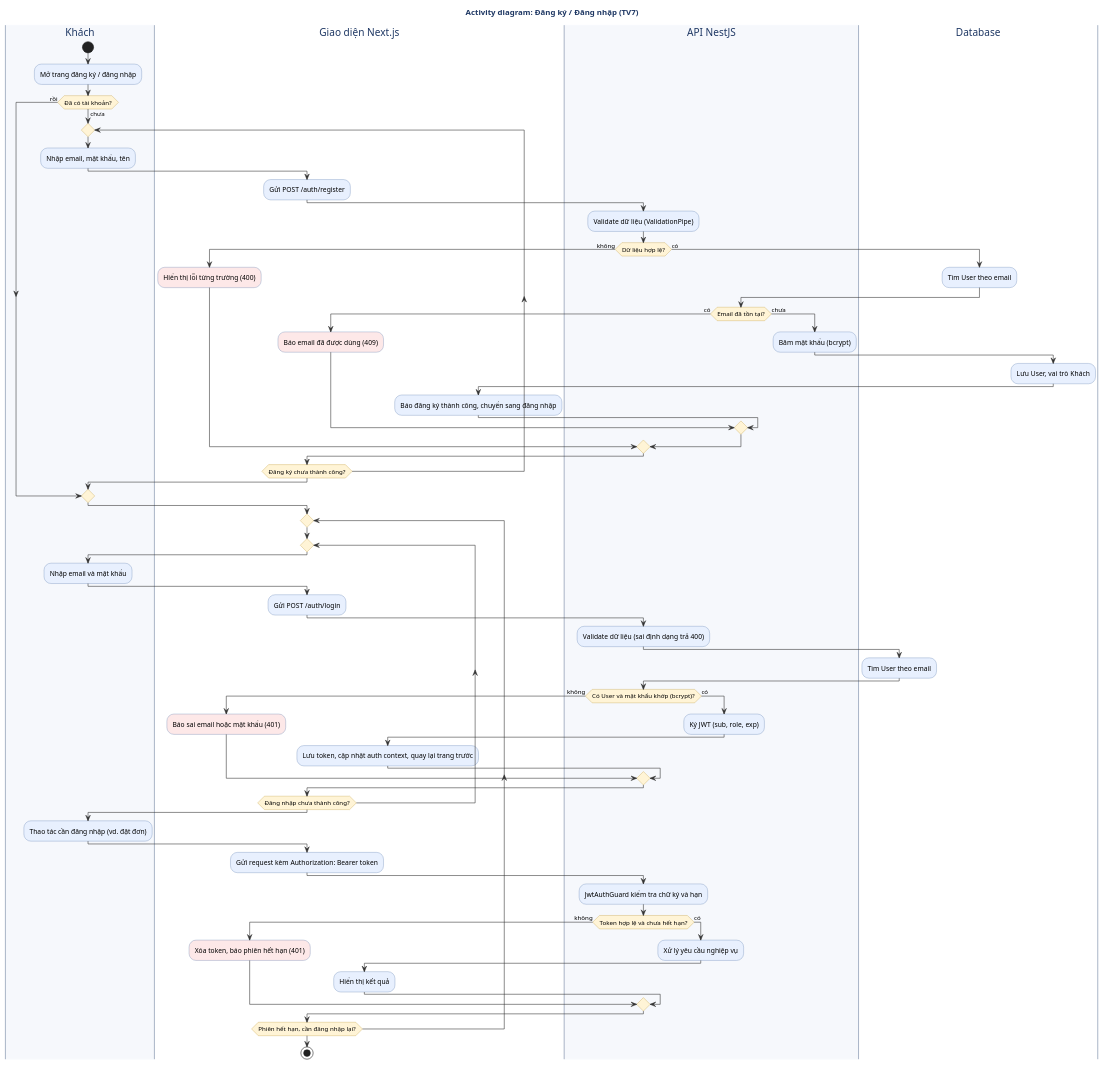
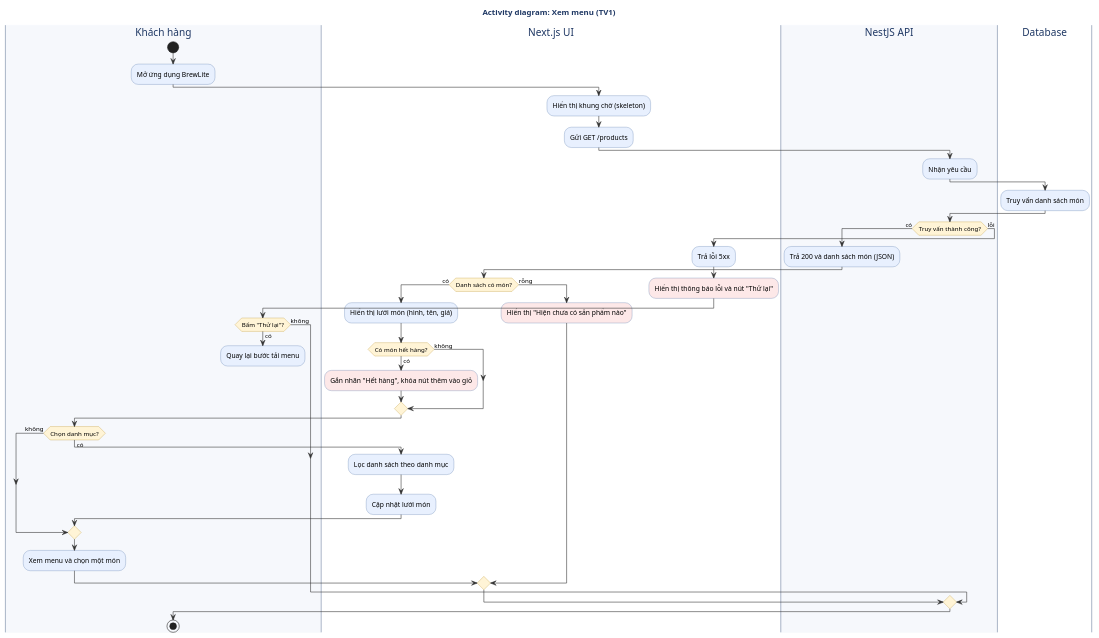
Before and after one commit to phuhoangcong333/brewlite-assignment2: the diagram in docs/diagrams/activity-xac-thuc.puml, drawn with PlantUML. The commit also changed 2 other files, not shown here.

Commit message:
docs: add activity diagram for menu flow (Task 2.1)

```diff
--- a/docs/diagrams/activity-xac-thuc.puml
+++ b/docs/diagrams/activity-xac-thuc.puml
@@ -1,96 +1,77 @@
-@startuml activity-xac-thuc
-title Activity diagram: Đăng ký / Đăng nhập (TV7)
+@startuml activity-xem-menu
+title Activity diagram: Xem menu (TV1)
 
 skinparam defaultFontName Arial
 skinparam titleFontColor #1F3864
 skinparam ArrowColor #333333
 skinparam ActivityBackgroundColor #E8F0FE
 skinparam ActivityBorderColor #4A6FA5
 skinparam ActivityDiamondBackgroundColor #FFF4D6
 skinparam ActivityDiamondBorderColor #B58A1B
 skinparam ActivityStartColor #222222
 skinparam ActivityEndColor #222222
 skinparam swimlaneBorderColor #9AA7BD
 skinparam swimlaneTitleFontColor #1F3864
 
-|#F6F8FC|Khách|
-|#FFFFFF|Giao diện Next.js|
-|#F6F8FC|API NestJS|
+|#F6F8FC|Khách hàng|
+|#FFFFFF|Next.js UI|
+|#F6F8FC|NestJS API|
 |#FFFFFF|Database|
 
-|Khách|
+|Khách hàng|
 start
-:Mở trang đăng ký / đăng nhập;
+:Mở ứng dụng BrewLite;
 
-if (Đã có tài khoản?) then (chưa)
-  repeat
-    |Khách|
-    :Nhập email, mật khẩu, tên;
-    |Giao diện Next.js|
-    :Gửi POST /auth/register;
-    |API NestJS|
-    :Validate dữ liệu (ValidationPipe);
-    if (Dữ liệu hợp lệ?) then (không)
-      |Giao diện Next.js|
-      #FDE8E8:Hiển thị lỗi từng trường (400);
-    else (có)
-      |Database|
-      :Tìm User theo email;
-      |API NestJS|
-      if (Email đã tồn tại?) then (có)
-        |Giao diện Next.js|
-        #FDE8E8:Báo email đã được dùng (409);
-      else (chưa)
-        |API NestJS|
-        :Băm mật khẩu (bcrypt);
-        |Database|
-        :Lưu User, vai trò Khách;
-        |Giao diện Next.js|
-        :Báo đăng ký thành công, chuyển sang đăng nhập;
-      endif
+|Next.js UI|
+:Hiển thị khung chờ (skeleton);
+:Gửi GET /products;
+
+|NestJS API|
+:Nhận yêu cầu;
+
+|Database|
+:Truy vấn danh sách món;
+
+|NestJS API|
+if (Truy vấn thành công?) then (có)
+  :Trả 200 và danh sách món (JSON);
+  
+  |Next.js UI|
+  if (Danh sách có món?) then (có)
+    :Hiển thị lưới món (hình, tên, giá);
+    if (Có món hết hàng?) then (có)
+      #FDE8E8:Gắn nhãn "Hết hàng", khóa nút thêm vào giỏ;
+    else (không)
     endif
-  repeat while (Đăng ký chưa thành công?)
-else (rồi)
+    
+    |Khách hàng|
+    if (Chọn danh mục?) then (có)
+      |Next.js UI|
+      :Lọc danh sách theo danh mục;
+      :Cập nhật lưới món;
+    else (không)
+    endif
+    
+    |Khách hàng|
+    :Xem menu và chọn một món;
+  else (rỗng)
+    |Next.js UI|
+    #FDE8E8:Hiển thị "Hiện chưa có sản phẩm nào";
+  endif
+else (lỗi)
+  :Trả lỗi 5xx;
+  
+  |Next.js UI|
+  #FDE8E8:Hiển thị thông báo lỗi và nút "Thử lại";
+  
+  |Khách hàng|
+  if (Bấm "Thử lại"?) then (có)
+    :Quay lại bước tải menu;
+    detach
+  else (không)
+  endif
 endif
 
-repeat
-  repeat
-    |Khách|
-    :Nhập email và mật khẩu;
-    |Giao diện Next.js|
-    :Gửi POST /auth/login;
-    |API NestJS|
-    :Validate dữ liệu (sai định dạng trả 400);
-    |Database|
-    :Tìm User theo email;
-    |API NestJS|
-    if (Có User và mật khẩu khớp (bcrypt)?) then (không)
-      |Giao diện Next.js|
-      #FDE8E8:Báo sai email hoặc mật khẩu (401);
-    else (có)
-      |API NestJS|
-      :Ký JWT (sub, role, exp);
-      |Giao diện Next.js|
-      :Lưu token, cập nhật auth context, quay lại trang trước;
-    endif
-  repeat while (Đăng nhập chưa thành công?)
-
-  |Khách|
-  :Thao tác cần đăng nhập (vd. đặt đơn);
-  |Giao diện Next.js|
-  :Gửi request kèm Authorization: Bearer token;
-  |API NestJS|
-  :JwtAuthGuard kiểm tra chữ ký và hạn;
-  if (Token hợp lệ và chưa hết hạn?) then (không)
-    |Giao diện Next.js|
-    #FDE8E8:Xóa token, báo phiên hết hạn (401);
-  else (có)
-    |API NestJS|
-    :Xử lý yêu cầu nghiệp vụ;
-    |Giao diện Next.js|
-    :Hiển thị kết quả;
-  endif
-repeat while (Phiên hết hạn, cần đăng nhập lại?)
-
+|Khách hàng|
 stop
 @enduml
```
